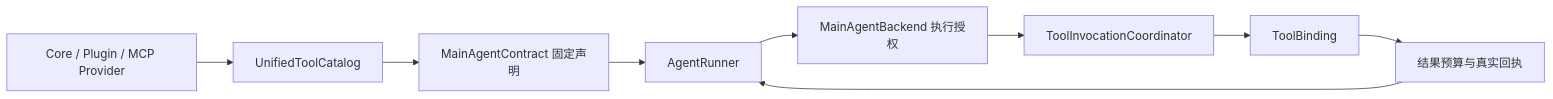
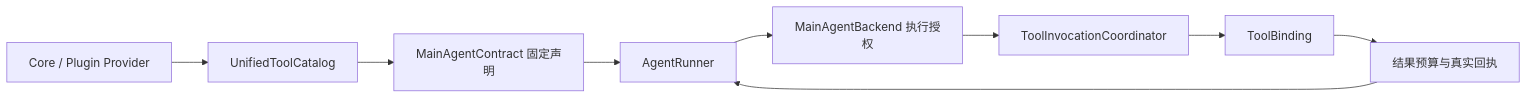
One commit to YuanYeYouTao/Yuki changed the diagram in docs/architecture/tool-kernel.md. Above: the diagram before and after it, drawn with Mermaid. The commit also changed other lines of this file and 189 other files, not shown here.

Commit message:
Remove legacy MCP surfaces and preserve shared tool results

````diff
--- a/docs/architecture/tool-kernel.md
+++ b/docs/architecture/tool-kernel.md
@@ -33,11 +33,11 @@
 ```mermaid
 flowchart LR
-  P[Core / Plugin / MCP Provider] --> D[UnifiedToolCatalog]
+  P[Core / Plugin Provider] --> D[UnifiedToolCatalog]
   D --> F[MainAgentContract 固定声明]
   F --> A[AgentRunner]
   A --> E[MainAgentBackend 执行授权]
   E --> I[ToolInvocationCoordinator]
   I --> B[ToolBinding]
   B --> R[结果预算与真实回执]
   R --> A
 ```
````
